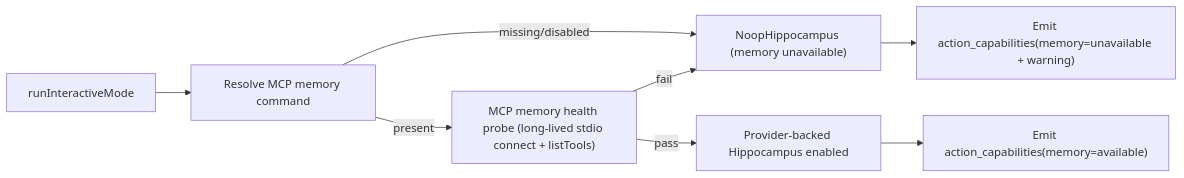
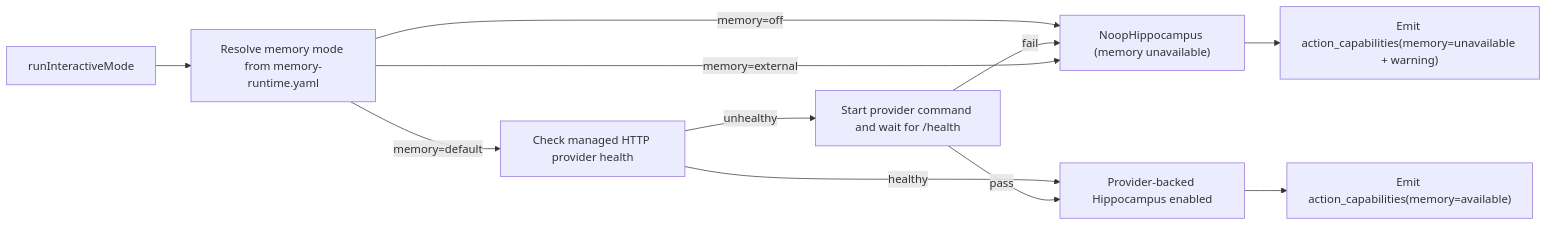
The fourth of 7 diagrams in AGENT_LOGIC_DIAGRAM.md (neopsyke/NeoPsyke), drawn with Mermaid before and after one commit. The commit also changed 61 other files, not shown here.

First line of the commit message:
refactor(memory): normalize pgvector provider naming

````diff
--- a/AGENT_LOGIC_DIAGRAM.md
+++ b/AGENT_LOGIC_DIAGRAM.md
@@ -238,10 +238,13 @@
 ```mermaid
 flowchart LR
-    A["runInteractiveMode"] --> B["Resolve MCP memory command"]
-    B -->|missing/disabled| C["NoopHippocampus (memory unavailable)"]
-    B -->|present| D["MCP memory health probe (long-lived stdio connect + listTools)"]
-    D -->|pass| E["Provider-backed Hippocampus enabled"]
-    D -->|fail| C
-    E --> F["Emit action_capabilities(memory=available)"]
+    A["runInteractiveMode"] --> B["Resolve memory mode from memory-runtime.yaml"]
+    B -->|memory=off| C["NoopHippocampus (memory unavailable)"]
+    B -->|memory=default| D["Check managed HTTP provider health"]
+    D -->|healthy| E["Provider-backed Hippocampus enabled"]
+    D -->|unhealthy| F["Start provider command and wait for /health"]
+    F -->|pass| E
+    F -->|fail| C
+    B -->|memory=external| C
+    E --> H["Emit action_capabilities(memory=available)"]
     C --> G["Emit action_capabilities(memory=unavailable + warning)"]
 ```
````
